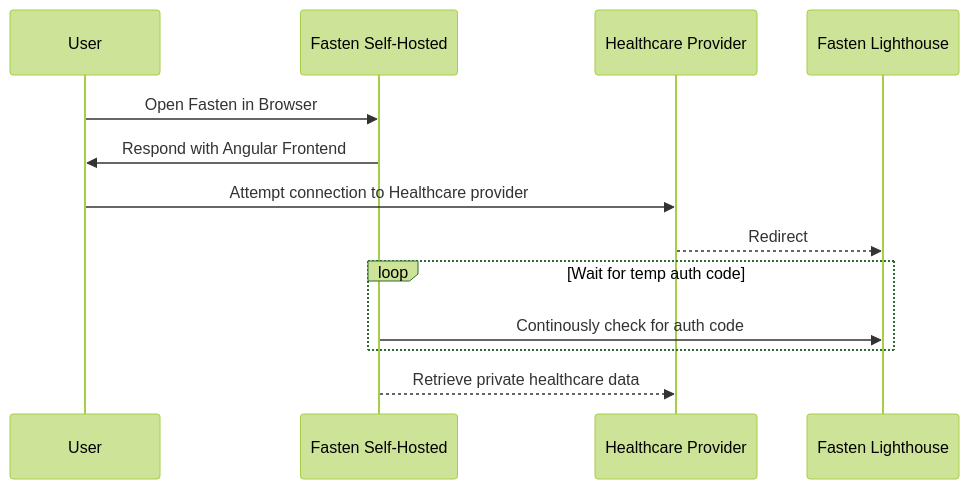
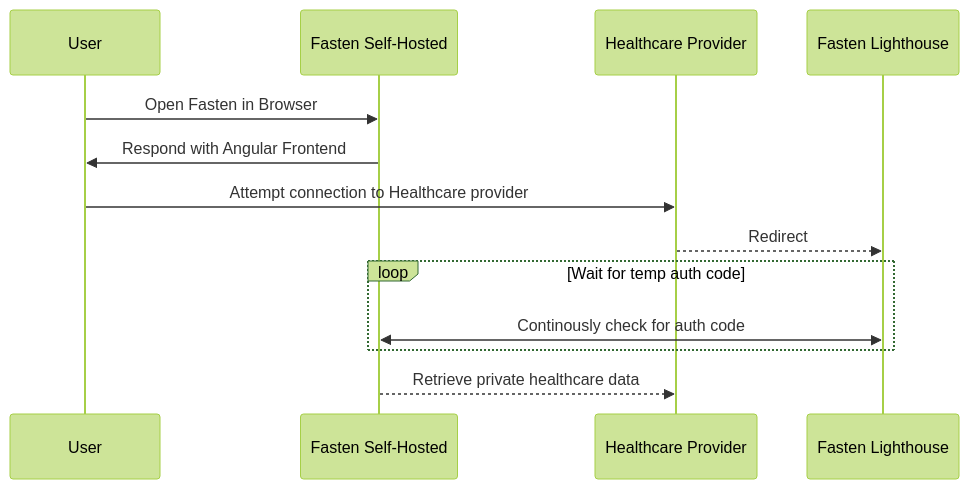
One commit to fastenhealth/docs changed the second of 2 diagrams in ARCHITECTURE.md. Above: the diagram before and after it, drawn with Mermaid (forest theme).

Commit message:
vault backup: 2022-09-27 21:47:37

````diff
--- a/ARCHITECTURE.md
+++ b/ARCHITECTURE.md
@@ -28,12 +28,12 @@
 ```mermaid
 sequenceDiagram
 User->>Fasten Self-Hosted: Open Fasten in Browser
 Fasten Self-Hosted->>User: Respond with Angular Frontend
 User->>Healthcare Provider: Attempt connection to Healthcare provider
 Healthcare Provider-->>Fasten Lighthouse: Redirect
 
 loop Wait for temp auth code
-    Fasten Self-Hosted->>Fasten Lighthouse: Continously check for auth code
+    Fasten Self-Hosted<<->>Fasten Lighthouse: Continously check for auth code
 end
 Fasten Self-Hosted-->>Healthcare Provider:Retrieve private healthcare data
 ```
````
